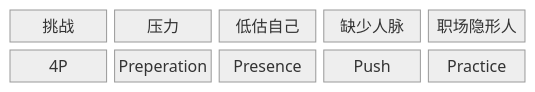
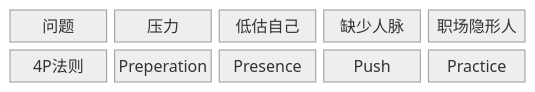
Before and after one commit to El25Aleph/_Aleph: the diagram in docs/NS-review-内向者沟通圣经.md, drawn with Mermaid. The commit also changed other lines of this file and 33 other files, not shown here.

````diff
--- a/docs/NS-review-内向者沟通圣经.md
+++ b/docs/NS-review-内向者沟通圣经.md
@@ -126,10 +140,10 @@
 ```mermaid
 %%{init: {'theme':'neutral'}}%%
 block-beta
 
 columns 5
 
-挑战 压力 低估自己 缺少人脉 职场隐形人
-4P Preperation Presence Push Practice
+问题 压力 低估自己 缺少人脉 职场隐形人
+4P法则 Preperation Presence Push Practice
 
 ```
````
